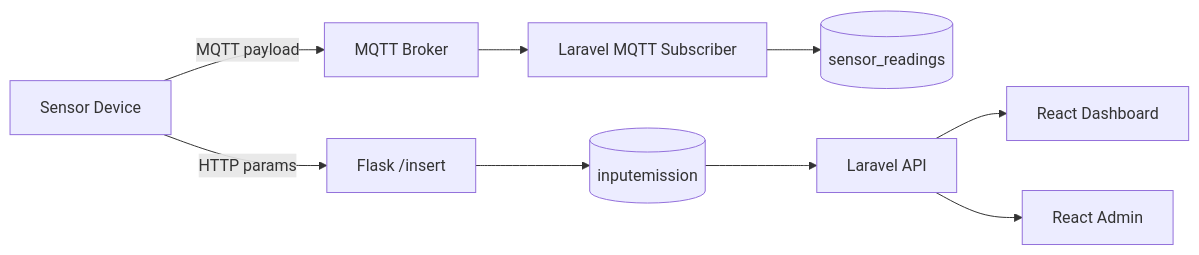
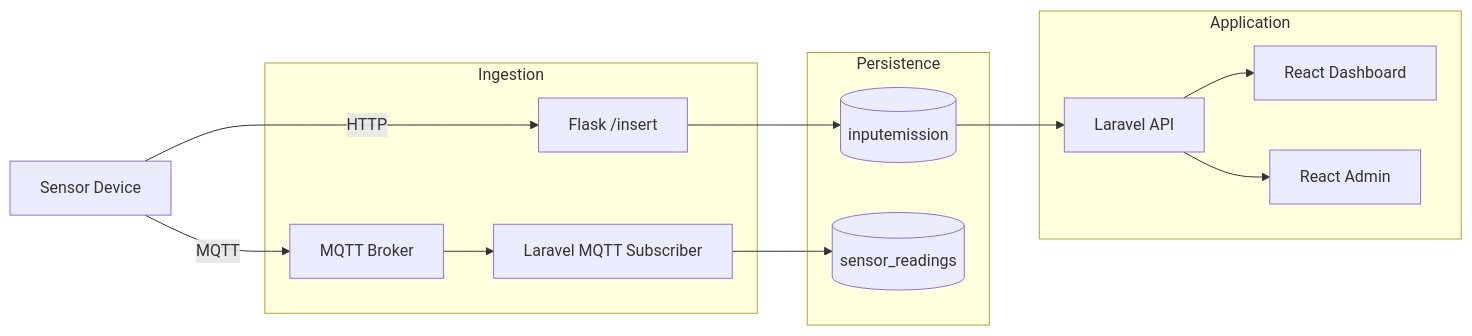
One commit to HidayahMF/kiansantangbrokermqtt changed the first of 5 diagrams in docs/development-pipeline.md. Above: the diagram before and after it, drawn with Mermaid. The commit also changed other lines of this file, not shown here.

````diff
--- a/docs/development-pipeline.md
+++ b/docs/development-pipeline.md
@@ -9,11 +21,26 @@
 ```mermaid
 flowchart LR
-    S[Sensor Device] -->|HTTP params| F[Flask /insert]
-    S -->|MQTT payload| B[MQTT Broker]
-    F --> IE[(inputemission)]
-    B --> M[Laravel MQTT Subscriber]
-    M --> SR[(sensor_readings)]
-    IE --> API[Laravel API]
-    API --> WEB[React Dashboard]
-    API --> ADM[React Admin]
+    SENSOR[Sensor Device]
+
+    subgraph INGEST[Ingestion]
+      FLASK[Flask /insert]
+      BROKER[MQTT Broker]
+      SUB[Laravel MQTT Subscriber]
+    end
+
+    subgraph DATA[Persistence]
+      IE[(inputemission)]
+      SR[(sensor_readings)]
+    end
+
+    subgraph APP[Application]
+      API[Laravel API]
+      WEB[React Dashboard]
+      ADMIN[React Admin]
+    end
+
+    SENSOR -->|HTTP| FLASK --> IE --> API
+    SENSOR -->|MQTT| BROKER --> SUB --> SR
+    API --> WEB
+    API --> ADMIN
 ```
````
